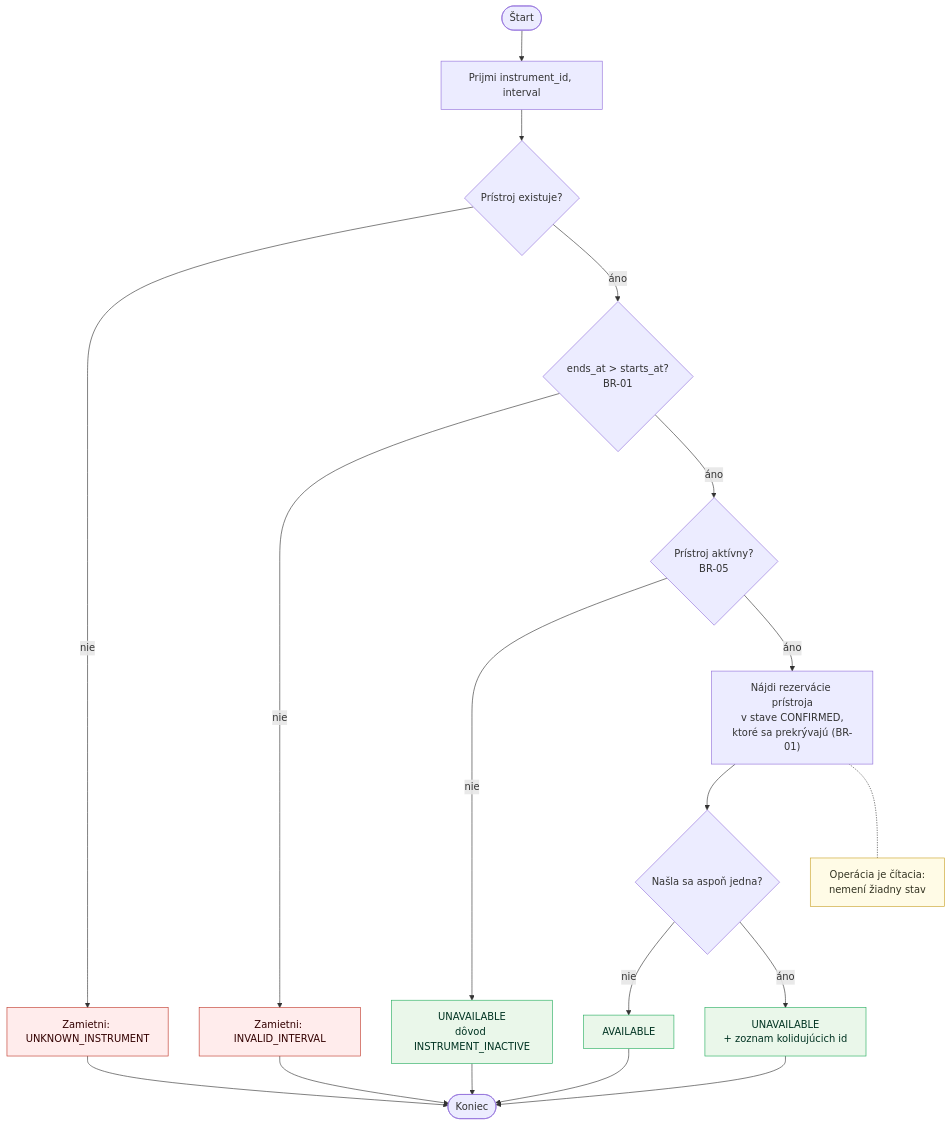
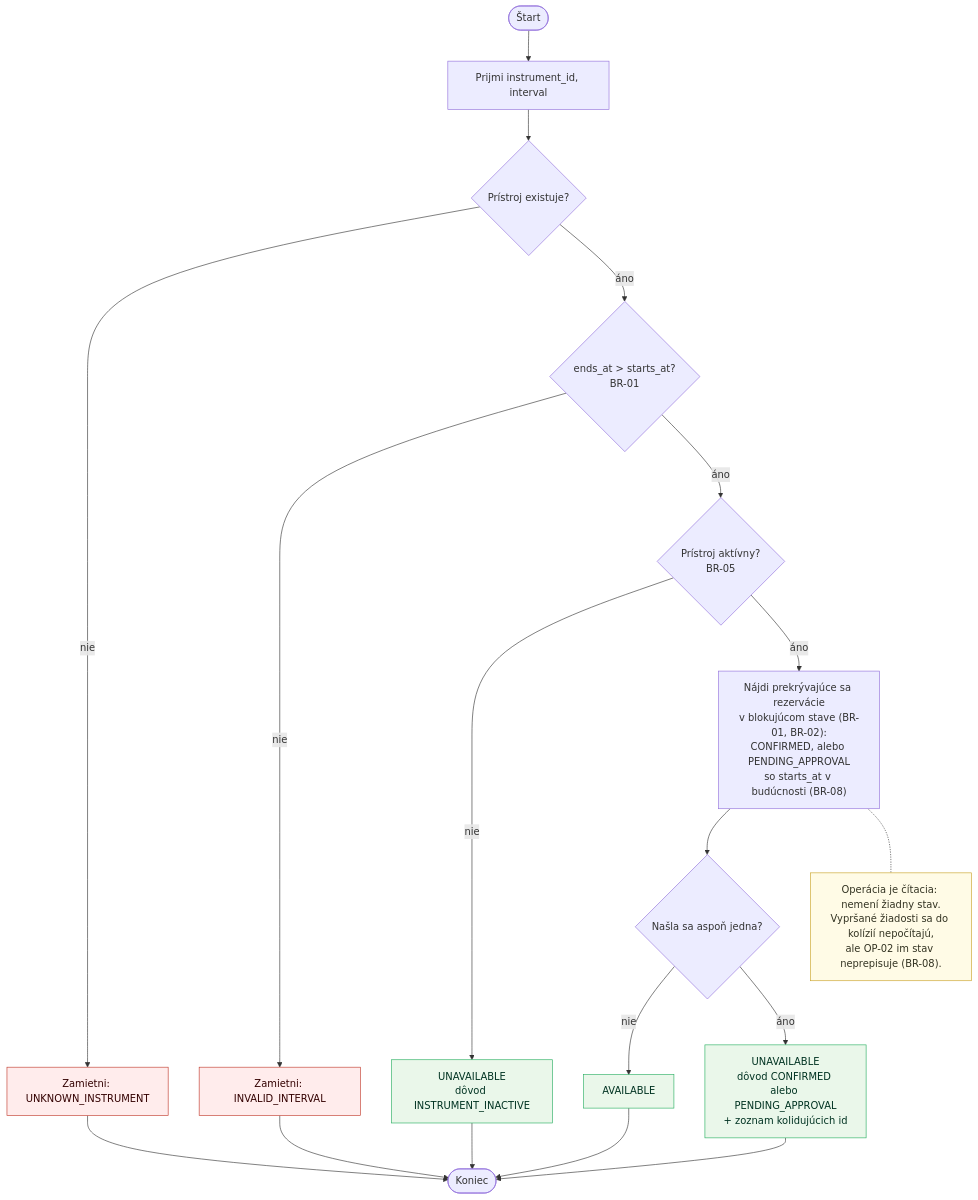
One commit to thspowered/SWI-LAB changed the fourth of 7 diagrams in docs/diagrams.md. Above: the diagram before and after it, drawn with Mermaid. The commit also changed other lines of this file and 14 other files, not shown here.

````diff
--- a/docs/diagrams.md
+++ b/docs/diagrams.md
@@ -162,29 +200,29 @@
 ```mermaid
 flowchart TD
     A([Štart]) --> B["Prijmi instrument_id, interval"]
     B --> C{"Prístroj existuje?"}
     C -->|"nie"| X1["Zamietni: UNKNOWN_INSTRUMENT"]
     C -->|"áno"| D{"ends_at > starts_at?<br/>BR-01"}
     D -->|"nie"| X2["Zamietni: INVALID_INTERVAL"]
     D -->|"áno"| E{"Prístroj aktívny?<br/>BR-05"}
     E -->|"nie"| R1["UNAVAILABLE<br/>dôvod INSTRUMENT_INACTIVE"]
-    E -->|"áno"| F["Nájdi rezervácie prístroja<br/>v stave CONFIRMED,<br/>ktoré sa prekrývajú (BR-01)"]
+    E -->|"áno"| F["Nájdi prekrývajúce sa rezervácie<br/>v blokujúcom stave (BR-01, BR-02):<br/>CONFIRMED, alebo PENDING_APPROVAL<br/>so starts_at v budúcnosti (BR-08)"]
     F --> G{"Našla sa aspoň jedna?"}
     G -->|"nie"| R2["AVAILABLE"]
-    G -->|"áno"| R3["UNAVAILABLE<br/>+ zoznam kolidujúcich id"]
+    G -->|"áno"| R3["UNAVAILABLE<br/>dôvod CONFIRMED alebo PENDING_APPROVAL<br/>+ zoznam kolidujúcich id"]
     R1 --> Z([Koniec])
     R2 --> Z
     R3 --> Z
     X1 --> Z
     X2 --> Z
 
-    N["Operácia je čítacia:<br/>nemení žiadny stav"]
+    N["Operácia je čítacia: nemení žiadny stav.<br/>Vypršané žiadosti sa do kolízií nepočítajú,<br/>ale OP-02 im stav neprepisuje (BR-08)."]
     F -.- N
 
     classDef rej fill:#ffecec,stroke:#c0392b,color:#300;
     classDef ok fill:#eaf7ea,stroke:#27ae60,color:#032;
     classDef note fill:#fffbe6,stroke:#c9a227,color:#332;
     class X1,X2 rej;
     class R1,R2,R3 ok;
     class N note;
 ```
````
